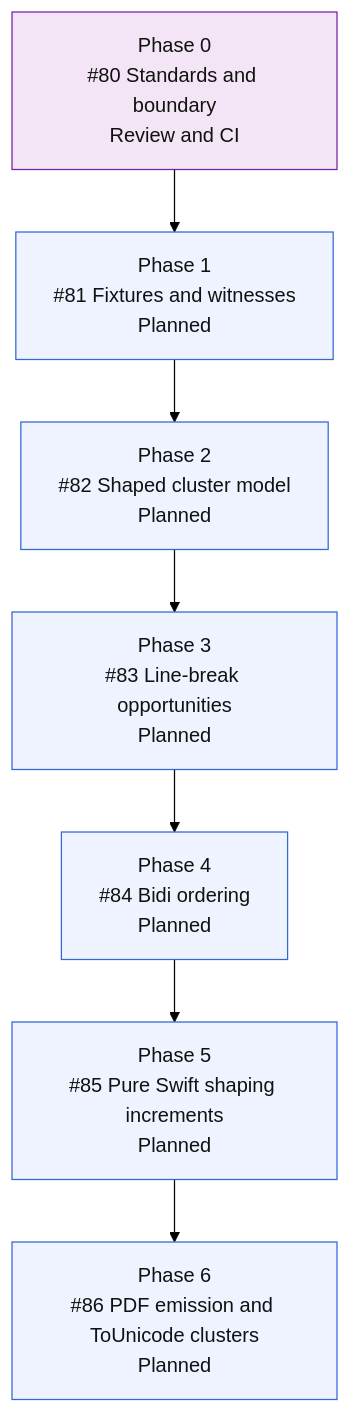
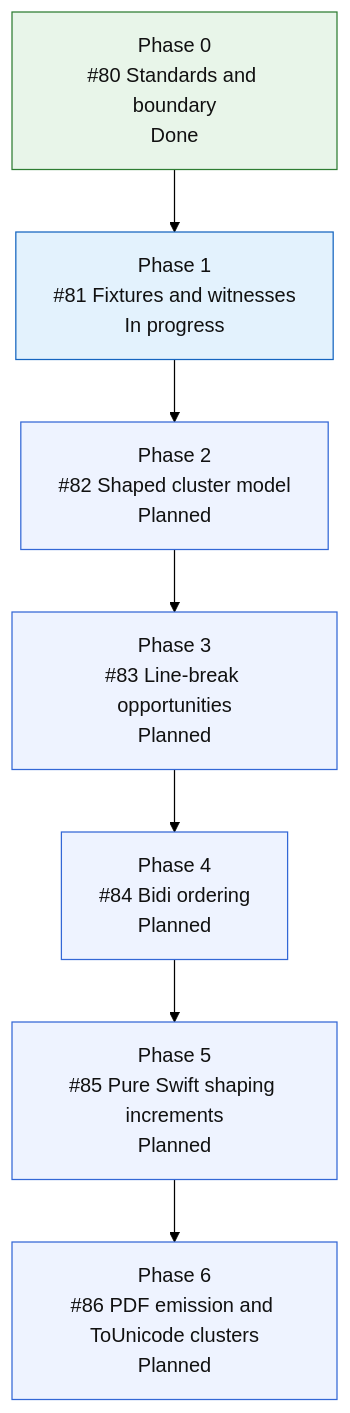
The fourth of 4 diagrams in README.md (mihaelamj/MarkdownPDF), drawn with Mermaid (forest theme) before and after one commit. The commit also changed 3 other files, not shown here.

````diff
--- a/README.md
+++ b/README.md
@@ -300,20 +300,21 @@
 ```mermaid
 flowchart TD
-    S0["Phase 0<br/>#80 Standards and boundary<br/>Review and CI"]
-    S1["Phase 1<br/>#81 Fixtures and witnesses<br/>Planned"]
+    S0["Phase 0<br/>#80 Standards and boundary<br/>Done"]
+    S1["Phase 1<br/>#81 Fixtures and witnesses<br/>In progress"]
     S2["Phase 2<br/>#82 Shaped cluster model<br/>Planned"]
     S3["Phase 3<br/>#83 Line-break opportunities<br/>Planned"]
     S4["Phase 4<br/>#84 Bidi ordering<br/>Planned"]
     S5["Phase 5<br/>#85 Pure Swift shaping increments<br/>Planned"]
     S6["Phase 6<br/>#86 PDF emission and ToUnicode clusters<br/>Planned"]
 
     S0 --> S1 --> S2 --> S3 --> S4 --> S5 --> S6
 
     classDef done fill:#e8f5e9,stroke:#2e7d32,color:#111;
     classDef active fill:#e3f2fd,stroke:#1565c0,color:#111;
     classDef review fill:#f3e5f5,stroke:#7b1fa2,color:#111;
     classDef next fill:#fff8e1,stroke:#f9a825,color:#111;
     classDef todo fill:#eef3ff,stroke:#3367d6,color:#111;
-    class S0 review;
-    class S1,S2,S3,S4,S5,S6 todo;
+    class S0 done;
+    class S1 active;
+    class S2,S3,S4,S5,S6 todo;
 ```
````
